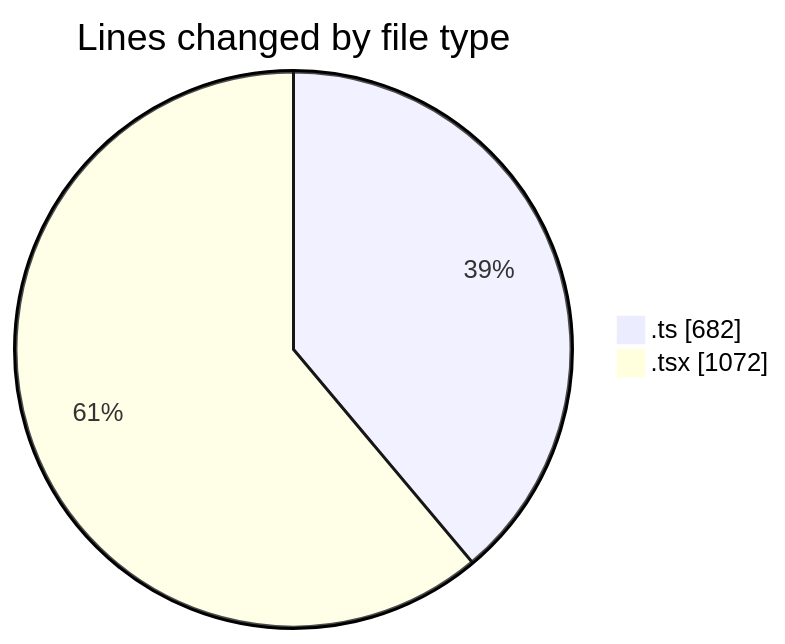
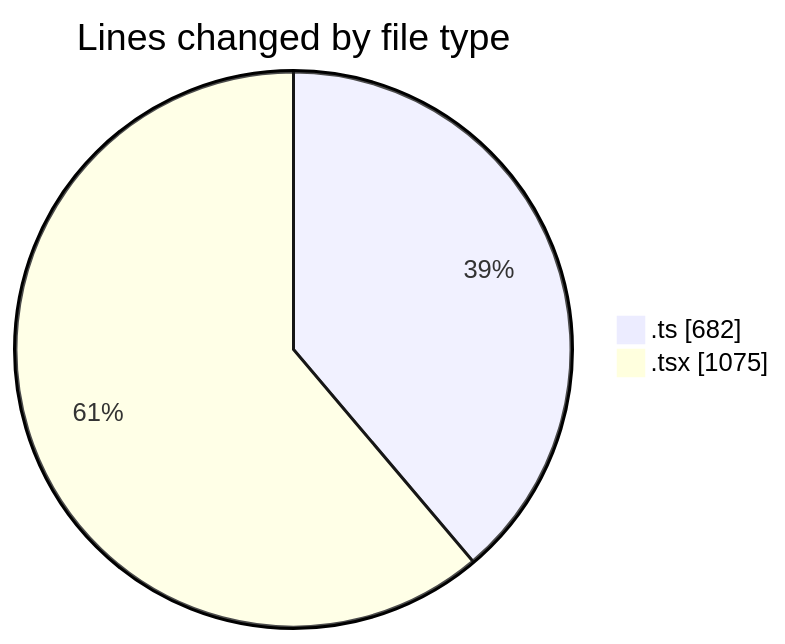
The first of 2 diagrams in 2026-03-23/nxtqube_webapp/README.md (nxtqubesakshisongat/code-tracking), drawn with Mermaid before and after one commit. The commit also changed other lines of this file and 1 other file, not shown here.

````diff
--- a/2026-03-23/nxtqube_webapp/README.md
+++ b/2026-03-23/nxtqube_webapp/README.md
@@ -23,6 +23,6 @@
 ```mermaid
 pie showData
 title Lines changed by file type
 ".ts" : 682
-".tsx" : 1072
+".tsx" : 1075
 ```
````
